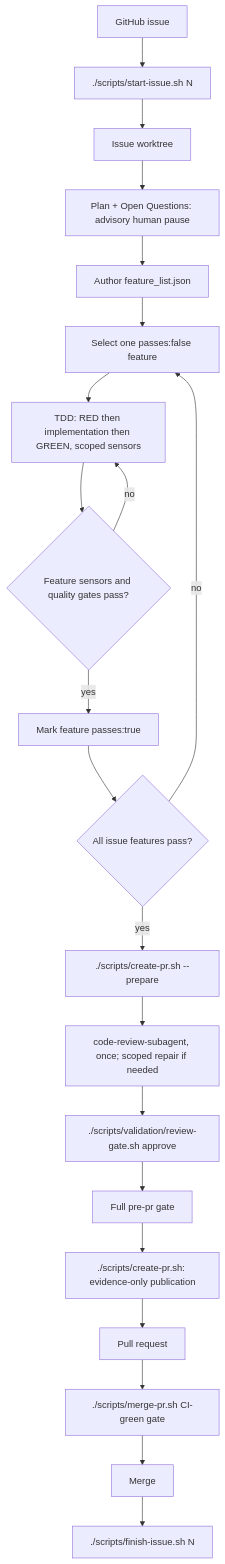
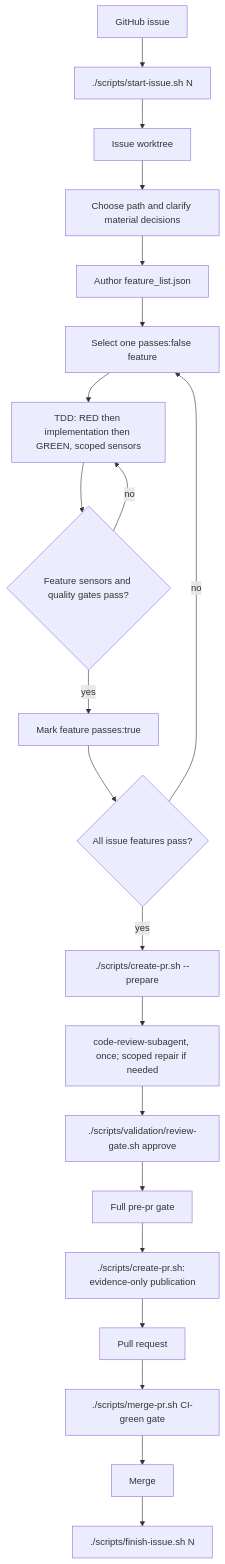
One commit to weijen/agent-delivery-harness changed the diagram in docs/HARNESS.md. Above: the diagram before and after it, drawn with Mermaid. The commit also changed other lines of this file and 17 other files, not shown here.

First line of the commit message:
fix(planning): choose the minimum correct path before decomposition (#544)

````diff
--- a/docs/HARNESS.md
+++ b/docs/HARNESS.md
@@ -263,23 +263,23 @@
 ```mermaid
 flowchart TD
   A[GitHub issue] --> B[./scripts/start-issue.sh N]
   B --> C[Issue worktree]
-  C --> HG[Plan + Open Questions: advisory human pause]
+  C --> HG[Choose path and clarify material decisions]
   HG --> D[Author feature_list.json]
   D --> E[Select one passes:false feature]
   E --> F[TDD: RED then implementation then GREEN, scoped sensors]
   F --> H{Feature sensors and quality gates pass?}
   H -- no --> F
   H -- yes --> I[Mark feature passes:true]
   I --> J{All issue features pass?}
   J -- no --> E
   J -- yes --> S[./scripts/create-pr.sh --prepare]
   S --> K[code-review-subagent, once; scoped repair if needed]
   K --> L[./scripts/validation/review-gate.sh approve]
   L --> V[Full pre-pr gate]
   V --> M[./scripts/create-pr.sh: evidence-only publication]
   M --> N[Pull request]
   N --> Q[./scripts/merge-pr.sh CI-green gate]
   Q --> O[Merge]
   O --> P[./scripts/finish-issue.sh N]
 ```
````
